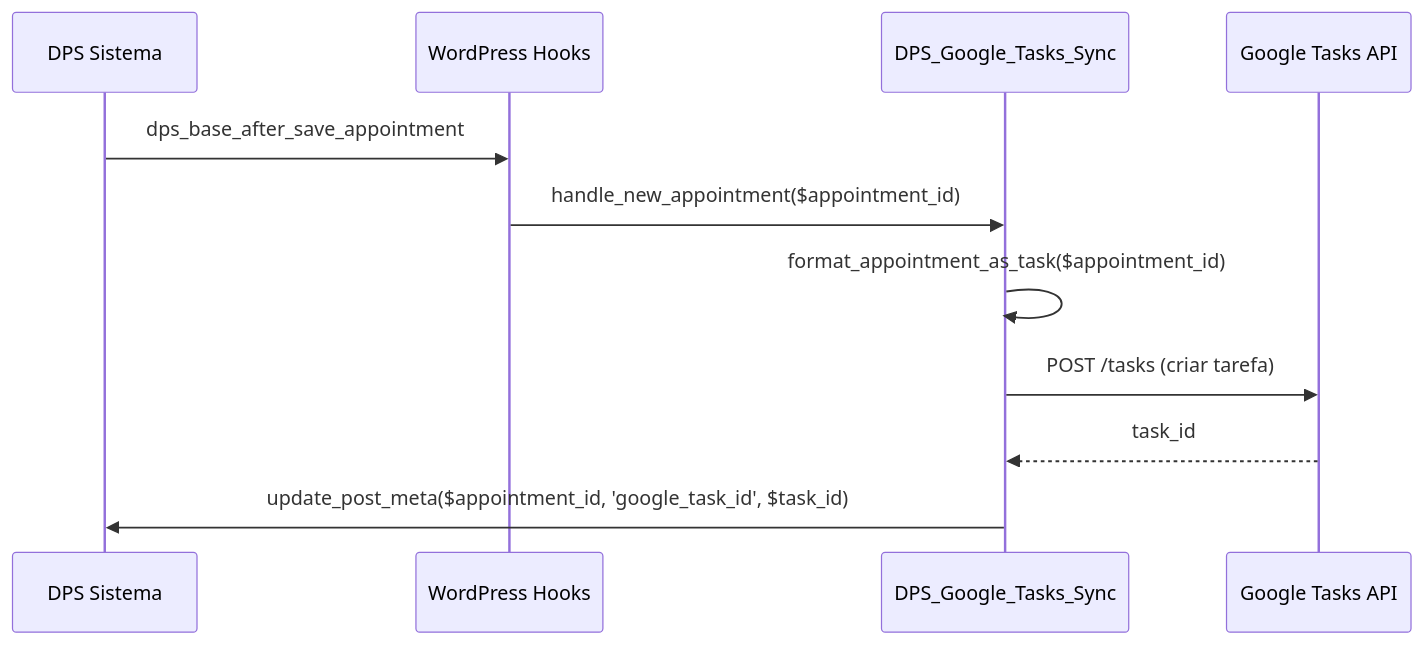
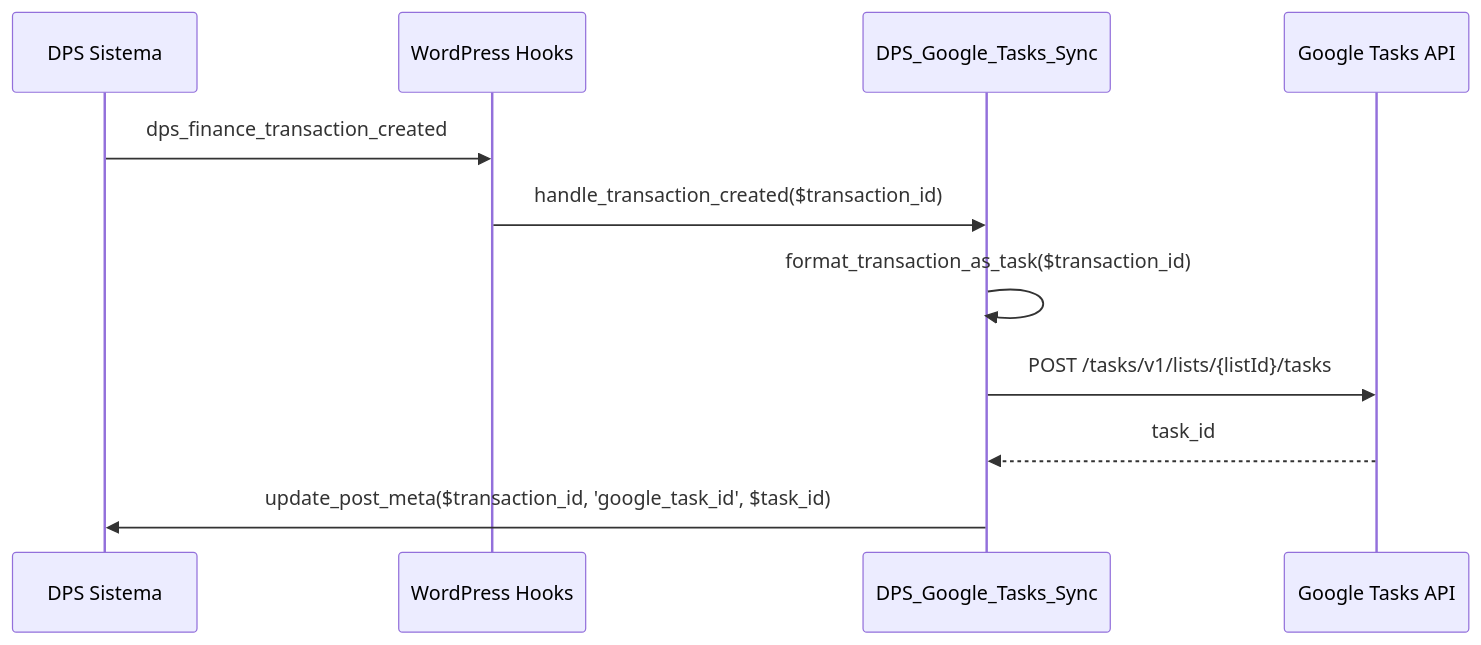
The third of 3 diagrams in docs/analysis/GOOGLE_TASKS_INTEGRATION_ANALYSIS.md (richardprobst/DPS), drawn with Mermaid before and after one commit. The commit also changed other lines of this file and 1 other file, not shown here.

Commit message:
Expandir análise com Google Calendar e decisão arquitetural

````diff
--- a/docs/analysis/GOOGLE_TASKS_INTEGRATION_ANALYSIS.md
+++ b/docs/analysis/GOOGLE_TASKS_INTEGRATION_ANALYSIS.md
@@ -267,14 +482,14 @@
 ```mermaid
 sequenceDiagram
     participant DPS as DPS Sistema
     participant Hook as WordPress Hooks
     participant Sync as DPS_Google_Tasks_Sync
     participant API as Google Tasks API
     
-    DPS->>Hook: dps_base_after_save_appointment
-    Hook->>Sync: handle_new_appointment($appointment_id)
-    Sync->>Sync: format_appointment_as_task($appointment_id)
-    Sync->>API: POST /tasks (criar tarefa)
+    DPS->>Hook: dps_finance_transaction_created
+    Hook->>Sync: handle_transaction_created($transaction_id)
+    Sync->>Sync: format_transaction_as_task($transaction_id)
+    Sync->>API: POST /tasks/v1/lists/{listId}/tasks
     API-->>Sync: task_id
-    Sync->>DPS: update_post_meta($appointment_id, 'google_task_id', $task_id)
+    Sync->>DPS: update_post_meta($transaction_id, 'google_task_id', $task_id)
 ```
````
